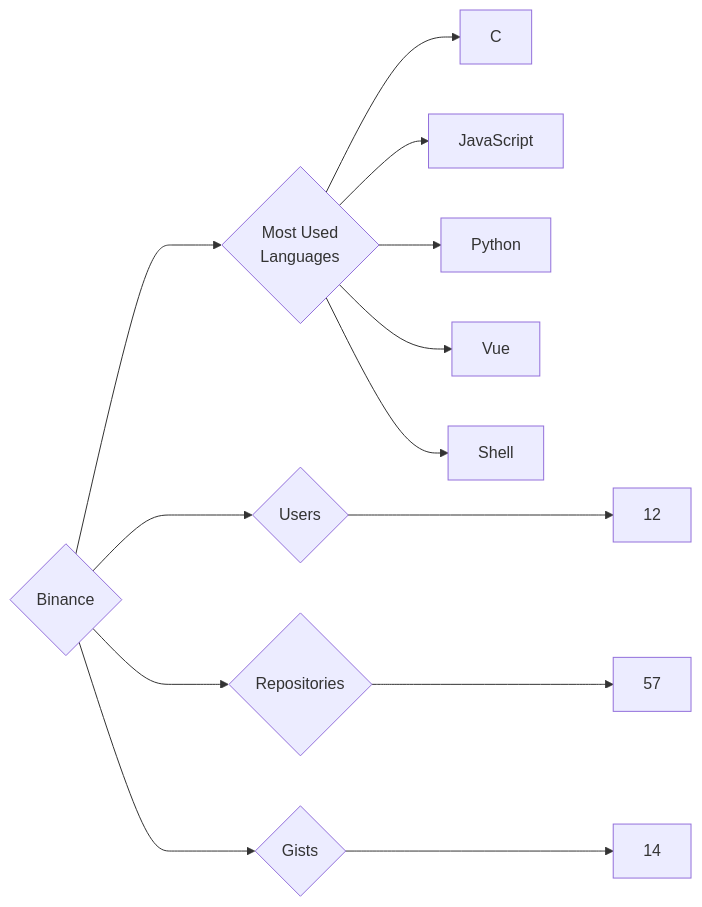
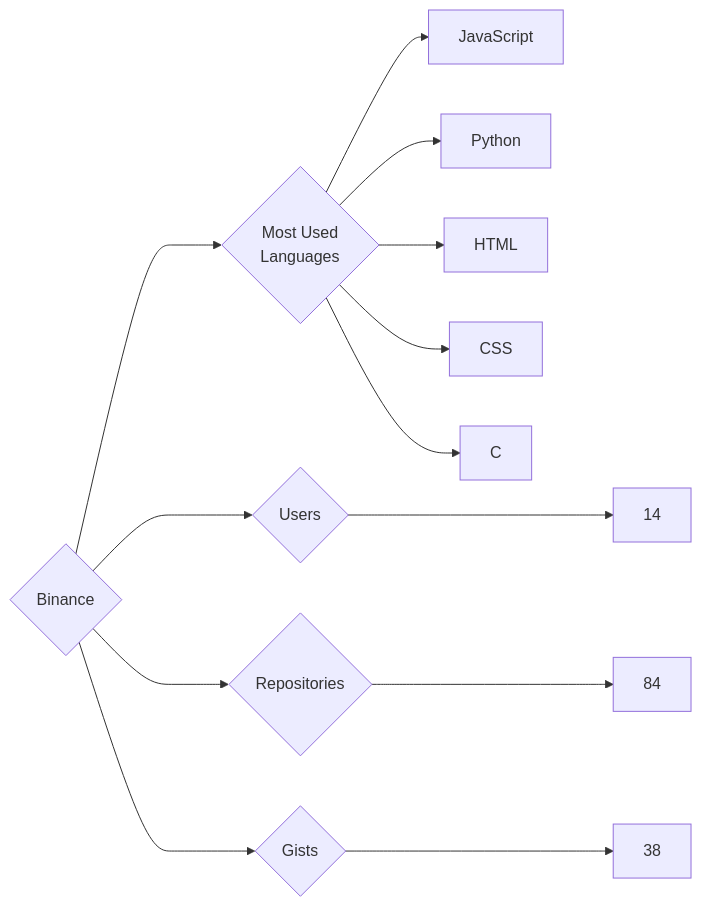
Before and after one commit to trickest/insiders: the diagram in targets/Binance/README.md, drawn with Mermaid. The commit also changed 1084 other files, not shown here.

````diff
--- a/targets/Binance/README.md
+++ b/targets/Binance/README.md
@@ -3,13 +3,13 @@
 ```mermaid
 graph LR
 COMPANY_NAME{Binance}
-COMPANY_NAME ---> U{Users} ---> UN[12]
-COMPANY_NAME ---> R{Repositories} ---> RN[57]
-COMPANY_NAME ---> G{Gists} ---> GN[14]
+COMPANY_NAME ---> U{Users} ---> UN[14]
+COMPANY_NAME ---> R{Repositories} ---> RN[84]
+COMPANY_NAME ---> G{Gists} ---> GN[38]
 COMPANY_NAME ---> ML{Most Used<br>Languages}
-ML --> C[C]
 ML --> JavaScript[JavaScript]
 ML --> Python[Python]
-ML --> Vue[Vue]
-ML --> Shell[Shell]
+ML --> HTML[HTML]
+ML --> CSS[CSS]
+ML --> C[C]
 ```
````
